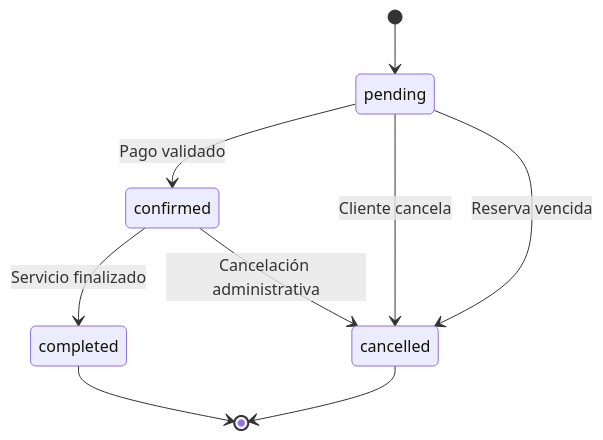
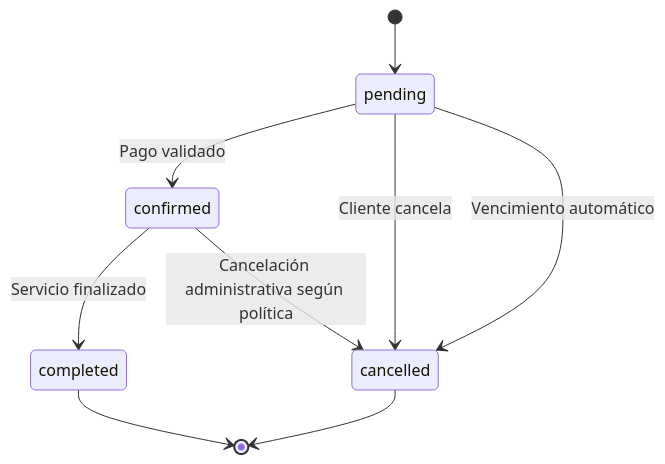
One commit to AiColleman/DMGoTravell changed the fifth of 5 diagrams in README.md. Above: the diagram before and after it, drawn with Mermaid. The commit also changed other lines of this file, not shown here.

Commit message:
fix: update README.md for clarity and completeness in project description, objectives, and architecture details

````diff
--- a/README.md
+++ b/README.md
@@ -1004,14 +1085,14 @@
 ```mermaid
 stateDiagram-v2
     [*] --> pending
 
     pending --> confirmed: Pago validado
     pending --> cancelled: Cliente cancela
-    pending --> cancelled: Reserva vencida
+    pending --> cancelled: Vencimiento automático
 
     confirmed --> completed: Servicio finalizado
-    confirmed --> cancelled: Cancelación administrativa
+    confirmed --> cancelled: Cancelación administrativa según política
 
     completed --> [*]
     cancelled --> [*]
 ```
````
